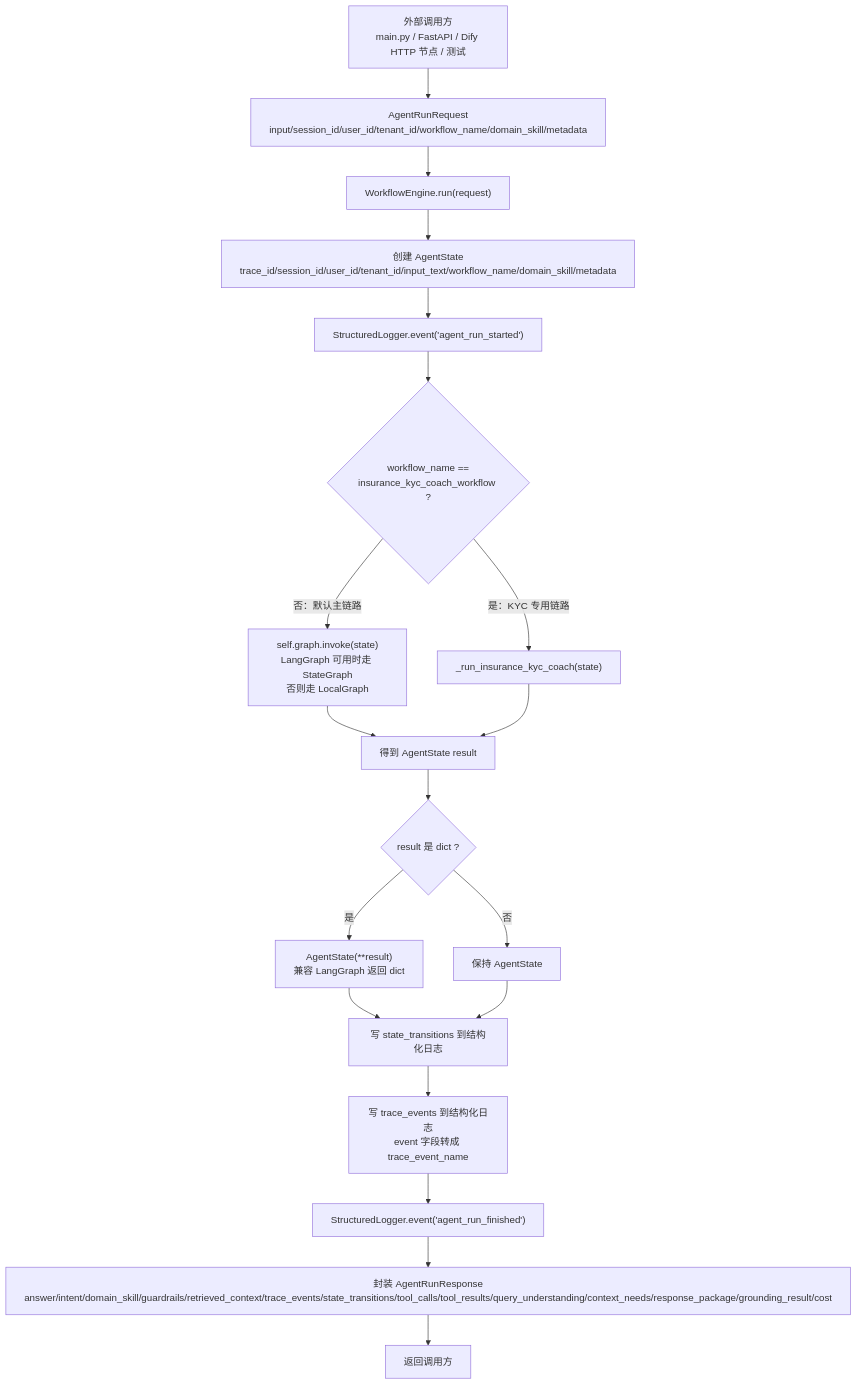
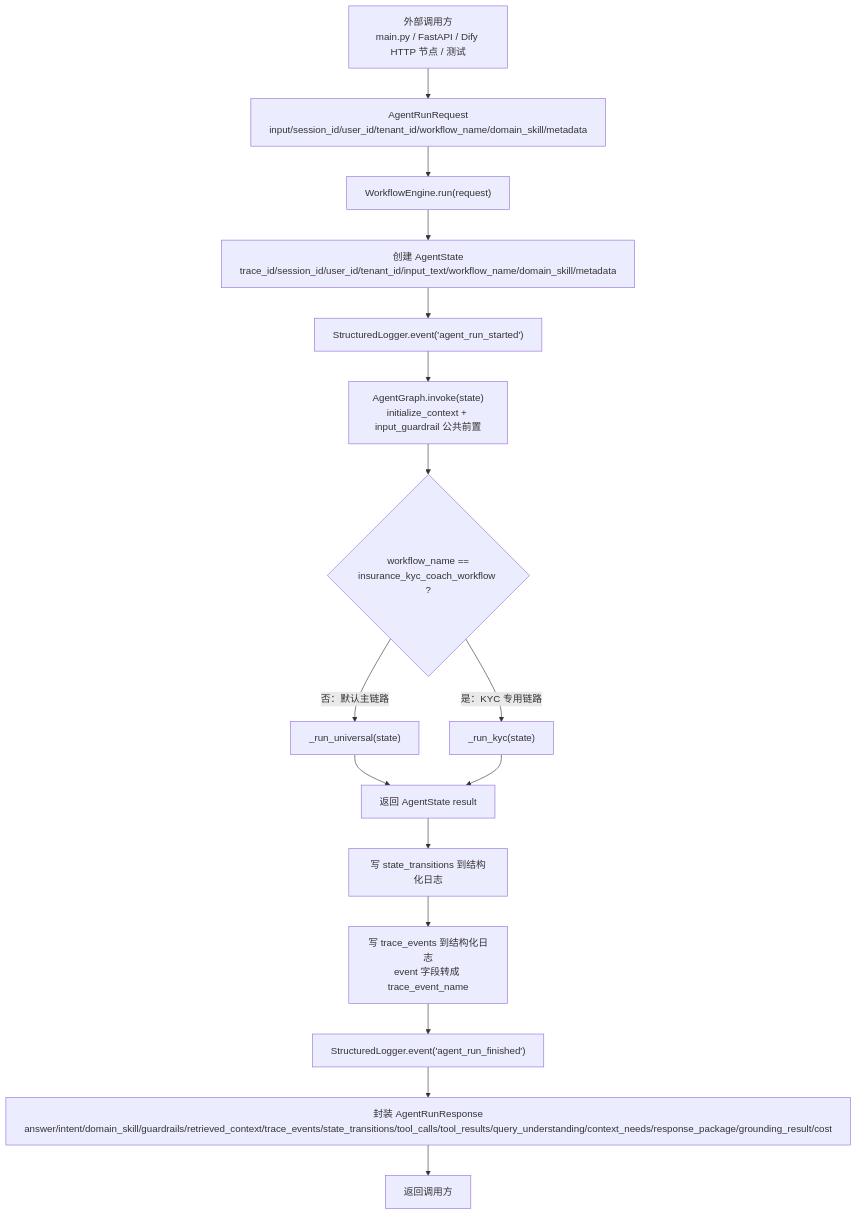
The first of 7 diagrams in docs/request-lifecycle-flowchart.md (yinghanpeng/ins_advisor_agent), drawn with Mermaid before and after one commit. The commit also changed other lines of this file and 28 other files, not shown here.

````diff
--- a/docs/request-lifecycle-flowchart.md
+++ b/docs/request-lifecycle-flowchart.md
@@ -441,21 +446,18 @@
 ```mermaid
 flowchart TD
     A["外部调用方<br/>main.py / FastAPI / Dify HTTP 节点 / 测试"] --> B["AgentRunRequest<br/>input/session_id/user_id/tenant_id/workflow_name/domain_skill/metadata"]
     B --> C["WorkflowEngine.run(request)"]
     C --> D["创建 AgentState<br/>trace_id/session_id/user_id/tenant_id/input_text/workflow_name/domain_skill/metadata"]
     D --> E["StructuredLogger.event('agent_run_started')"]
-    E --> F{"workflow_name ==<br/>insurance_kyc_coach_workflow ?"}
-    F -- "否：默认主链路" --> G["self.graph.invoke(state)<br/>LangGraph 可用时走 StateGraph<br/>否则走 LocalGraph"]
-    F -- "是：KYC 专用链路" --> H["_run_insurance_kyc_coach(state)"]
-    G --> I["得到 AgentState result"]
+    E --> AG["AgentGraph.invoke(state)<br/>initialize_context + input_guardrail 公共前置"]
+    AG --> F{"workflow_name ==<br/>insurance_kyc_coach_workflow ?"}
+    F -- "否：默认主链路" --> G["_run_universal(state)"]
+    F -- "是：KYC 专用链路" --> H["_run_kyc(state)"]
+    G --> I["返回 AgentState result"]
     H --> I
-    I --> J{"result 是 dict ?"}
-    J -- "是" --> K["AgentState(**result)<br/>兼容 LangGraph 返回 dict"]
-    J -- "否" --> L["保持 AgentState"]
-    K --> M["写 state_transitions 到结构化日志"]
-    L --> M
+    I --> M["写 state_transitions 到结构化日志"]
     M --> N["写 trace_events 到结构化日志<br/>event 字段转成 trace_event_name"]
     N --> O["StructuredLogger.event('agent_run_finished')"]
     O --> P["封装 AgentRunResponse<br/>answer/intent/domain_skill/guardrails/retrieved_context/trace_events/state_transitions/tool_calls/tool_results/query_understanding/context_needs/response_package/grounding_result/cost"]
     P --> Q["返回调用方"]
 ```
````
